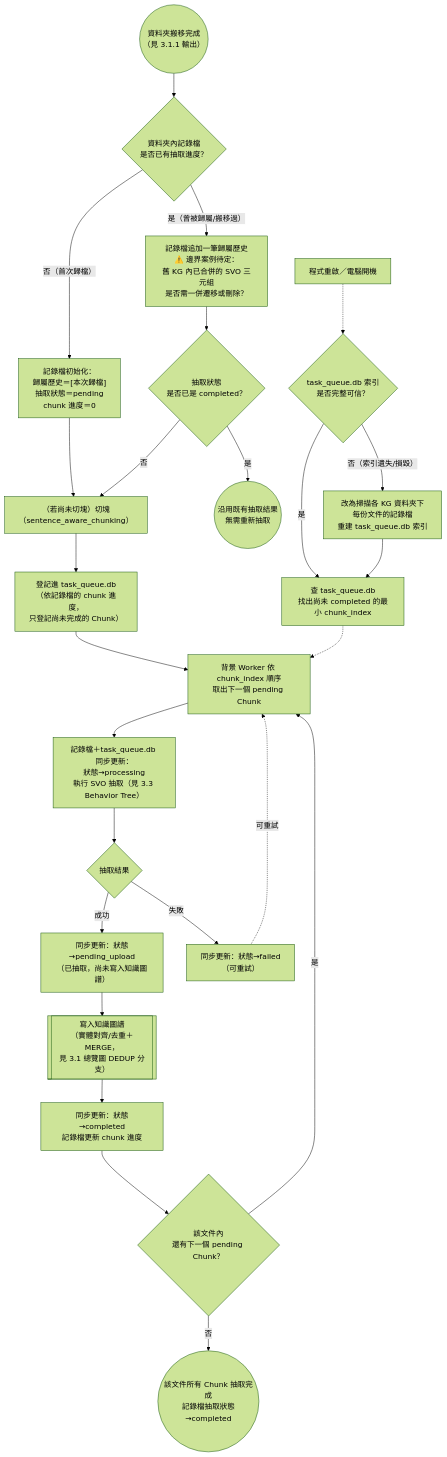
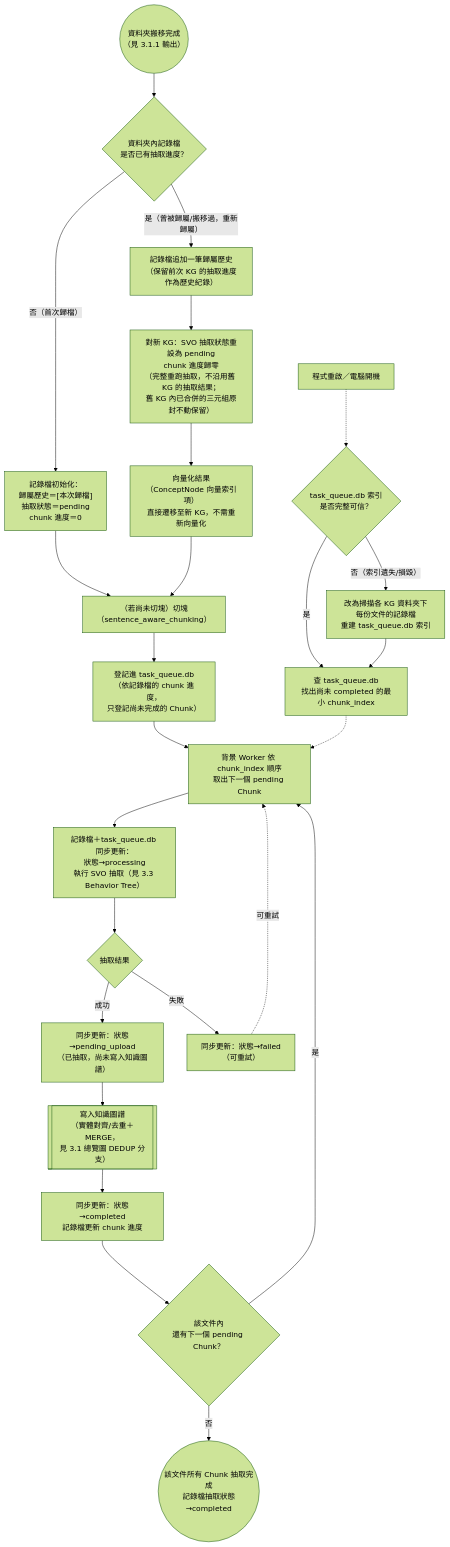
One commit to Chester930/world-knowledge-graph-rag changed the third of 8 diagrams in docs/論文/03_系統設計與方法論.md. Above: the diagram before and after it, drawn with Mermaid (forest theme). The commit also changed other lines of this file, not shown here.

Commit message:
docs(論文): 3.1.2 重新歸屬的邊界案例改為已定案（分軌道處理）
依討論結論拆成兩條軌道：
- 軌道二（SVO/圖譜）不嘗試遷移——對新 KG 完整重跑抽取，不沿用舊 KG
  的抽取結果；舊 KG 內已合併的三元組原封不動保留，不遷移也不刪除
  （刻意接受的取捨，避免處理實體融合切割這個更困難的問題）
- 軌道一（向量化/ConceptNode）直接遷移向量索引項，不需重新向量化
原本標記為待定的 ⚠️ 邊界案例已解除，狀態圖與說明段落同步更新

````diff
--- a/docs/論文/03_系統設計與方法論.md
+++ b/docs/論文/03_系統設計與方法論.md
@@ -114,30 +114,30 @@
 ```mermaid
 flowchart TD
     RECORD2(("資料夾搬移完成<br/>（見 3.1.1 輸出）")) --> HASRECORD{"資料夾內記錄檔<br/>是否已有抽取進度？"}
     HASRECORD -->|"否（首次歸檔）"| INITREC["記錄檔初始化：<br/>歸屬歷史＝[本次歸檔]<br/>抽取狀態＝pending<br/>chunk 進度＝0"]
-    HASRECORD -->|"是（曾被歸屬/搬移過）"| APPENDREC["記錄檔追加一筆歸屬歷史<br/>⚠️ 邊界案例待定：<br/>舊 KG 內已合併的 SVO 三元組<br/>是否需一併遷移或刪除？"]
+    HASRECORD -->|"是（曾被歸屬/搬移過，重新歸屬）"| APPENDREC["記錄檔追加一筆歸屬歷史<br/>（保留前次 KG 的抽取進度作為歷史紀錄）"]
+    APPENDREC --> RESETEXTRACT["對新 KG：SVO 抽取狀態重設為 pending<br/>chunk 進度歸零<br/>（完整重跑抽取，不沿用舊 KG 的抽取結果；<br/>舊 KG 內已合併的三元組原封不動保留）"]
+    RESETEXTRACT --> MIGRATEVEC["向量化結果（ConceptNode 向量索引項）<br/>直接遷移至新 KG，不需重新向量化"]
 
     INITREC --> SPLIT_CHUNK
-    APPENDREC --> RESUMECHECK{"抽取狀態<br/>是否已是 completed？"}
-    RESUMECHECK -->|是| IDLE2(("沿用既有抽取結果<br/>無需重新抽取"))
-    RESUMECHECK -->|否| SPLIT_CHUNK
+    MIGRATEVEC --> SPLIT_CHUNK
 
     SPLIT_CHUNK["（若尚未切塊）切塊<br/>（sentence_aware_chunking）"] --> ENQUEUE["登記進 task_queue.db<br/>（依記錄檔的 chunk 進度，<br/>只登記尚未完成的 Chunk）"]
     ENQUEUE --> WORKER["背景 Worker 依 chunk_index 順序<br/>取出下一個 pending Chunk"]
     WORKER --> PROC["記錄檔＋task_queue.db 同步更新：<br/>狀態→processing<br/>執行 SVO 抽取（見 3.3 Behavior Tree）"]
     PROC --> RESULT{"抽取結果"}
     RESULT -->|成功| UPLOAD["同步更新：狀態→pending_upload<br/>（已抽取，尚未寫入知識圖譜）"]
     RESULT -->|失敗| FAIL["同步更新：狀態→failed<br/>（可重試）"]
     UPLOAD --> WRITE[["寫入知識圖譜<br/>（實體對齊/去重＋MERGE，<br/>見 3.1 總覽圖 DEDUP 分支）"]]
     WRITE --> DONE["同步更新：狀態→completed<br/>記錄檔更新 chunk 進度"]
     DONE --> NEXT{"該文件內<br/>還有下一個 pending Chunk？"}
     FAIL -.->|"可重試"| WORKER
     NEXT -->|是| WORKER
     NEXT -->|否| IDLE(("該文件所有 Chunk 抽取完成<br/>記錄檔抽取狀態→completed"))
 
     RESTART["程式重啟／電腦開機"] -.-> TRUST{"task_queue.db 索引<br/>是否完整可信？"}
     TRUST -->|是| SCAN["查 task_queue.db<br/>找出尚未 completed 的最小 chunk_index"]
     TRUST -->|"否（索引遺失/損毀）"| REBUILD["改為掃描各 KG 資料夾下<br/>每份文件的記錄檔<br/>重建 task_queue.db 索引"]
     REBUILD --> SCAN
     SCAN -.-> WORKER
 ```
````
